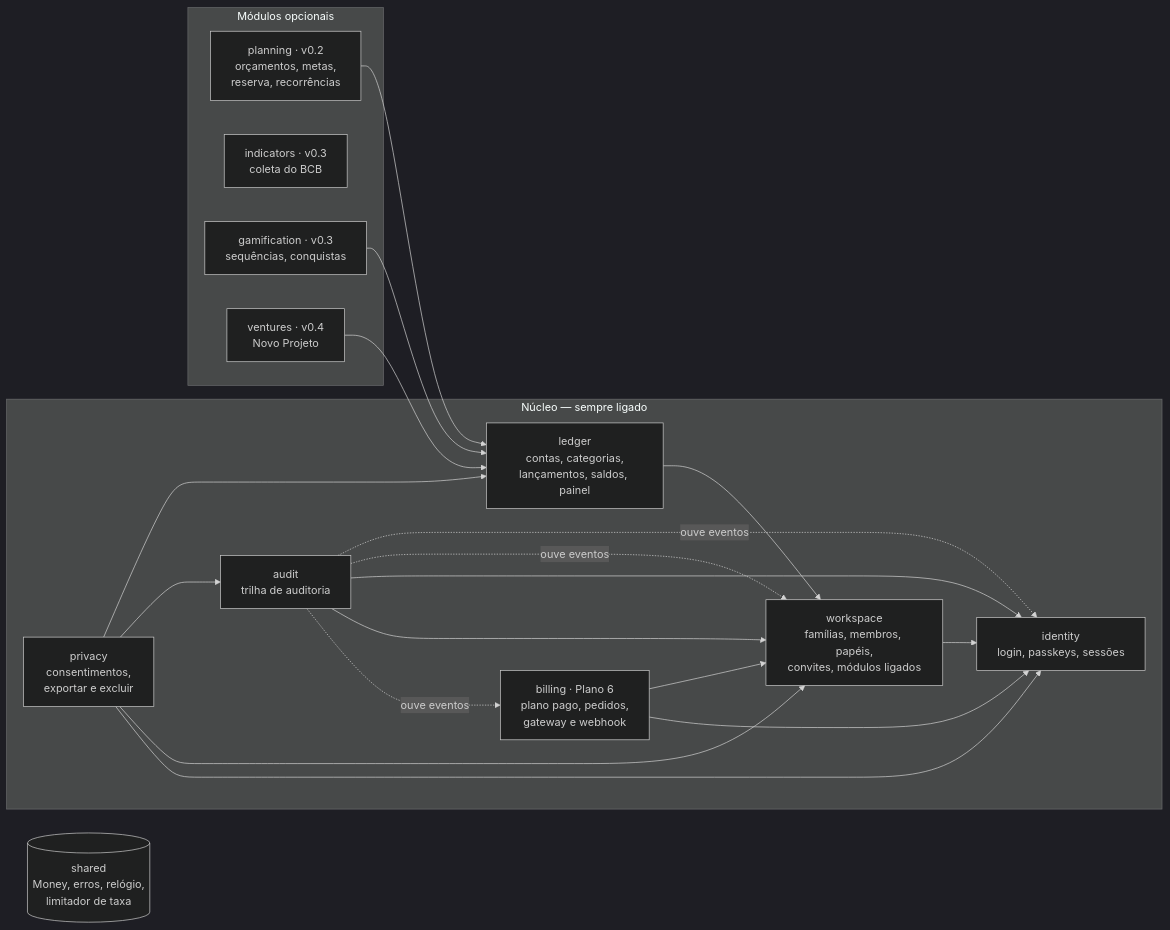
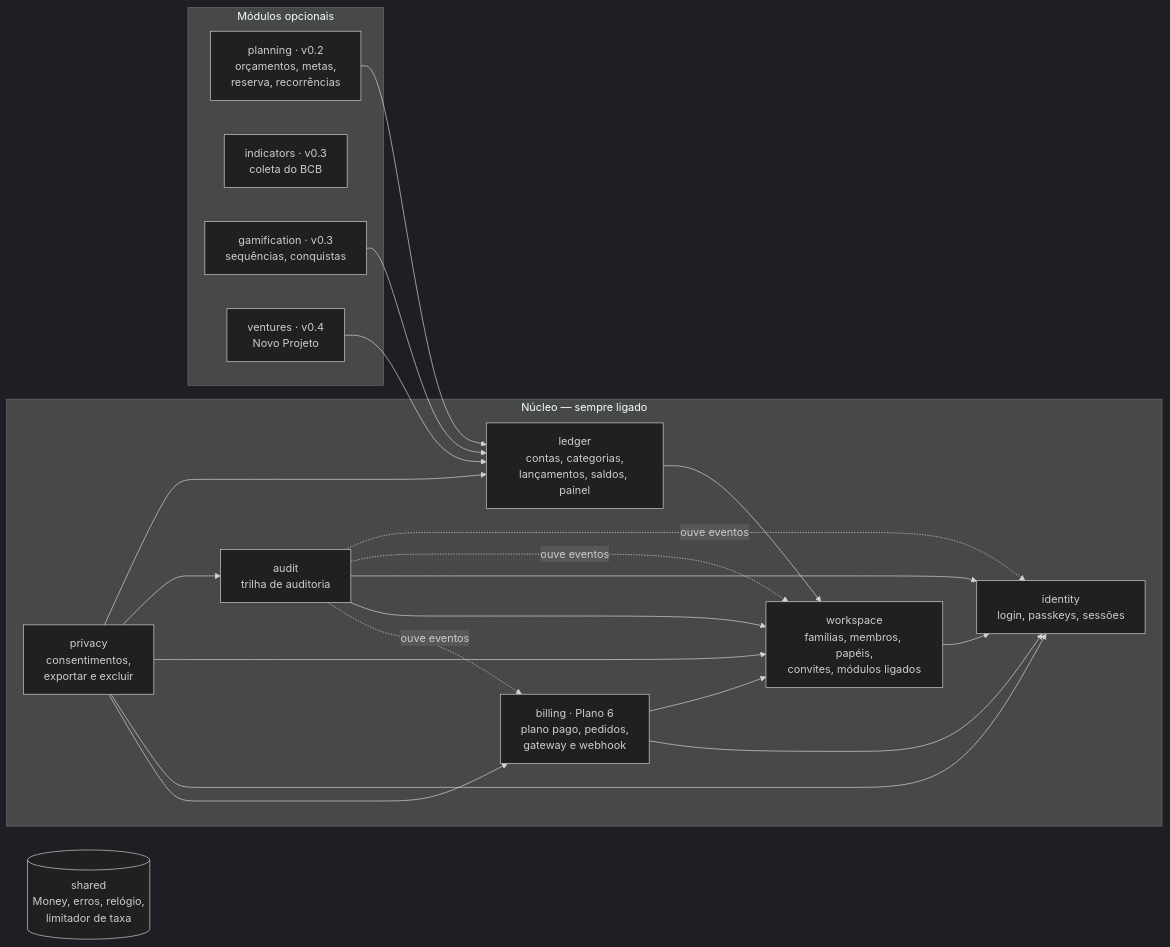
Before and after one commit to warthogozz-cyber/liberdade: the third of 6 diagrams in docs/architecture.md, drawn with Mermaid (dark theme). The commit also changed other lines of this file and 2 other files, not shown here.

````diff
--- a/docs/architecture.md
+++ b/docs/architecture.md
@@ -57,28 +57,28 @@
 ```mermaid
 flowchart LR
   subgraph núcleo[Núcleo — sempre ligado]
     identity[identity<br/>login, passkeys, sessões]
     workspace[workspace<br/>famílias, membros, papéis,<br/>convites, módulos ligados]
     ledger[ledger<br/>contas, categorias,<br/>lançamentos, saldos, painel]
     audit[audit<br/>trilha de auditoria]
     privacy[privacy<br/>consentimentos,<br/>exportar e excluir]
     billing[billing · Plano 6<br/>plano pago, pedidos,<br/>gateway e webhook]
   end
   subgraph opcionais[Módulos opcionais]
     planning[planning · v0.2<br/>orçamentos, metas,<br/>reserva, recorrências]
     indicators[indicators · v0.3<br/>coleta do BCB]
     gamification[gamification · v0.3<br/>sequências, conquistas]
     ventures[ventures · v0.4<br/>Novo Projeto]
   end
   shared[(shared<br/>Money, erros, relógio,<br/>limitador de taxa)]
   workspace --> identity
   ledger --> workspace
   planning --> ledger
   gamification --> ledger
   ventures --> ledger
   audit -. ouve eventos .-> identity & workspace
   audit --> identity & workspace
-  privacy --> ledger & audit & workspace & identity
+  privacy --> ledger & audit & workspace & identity & billing
   billing --> workspace & identity
   audit -. ouve eventos .-> billing
 ```
````
